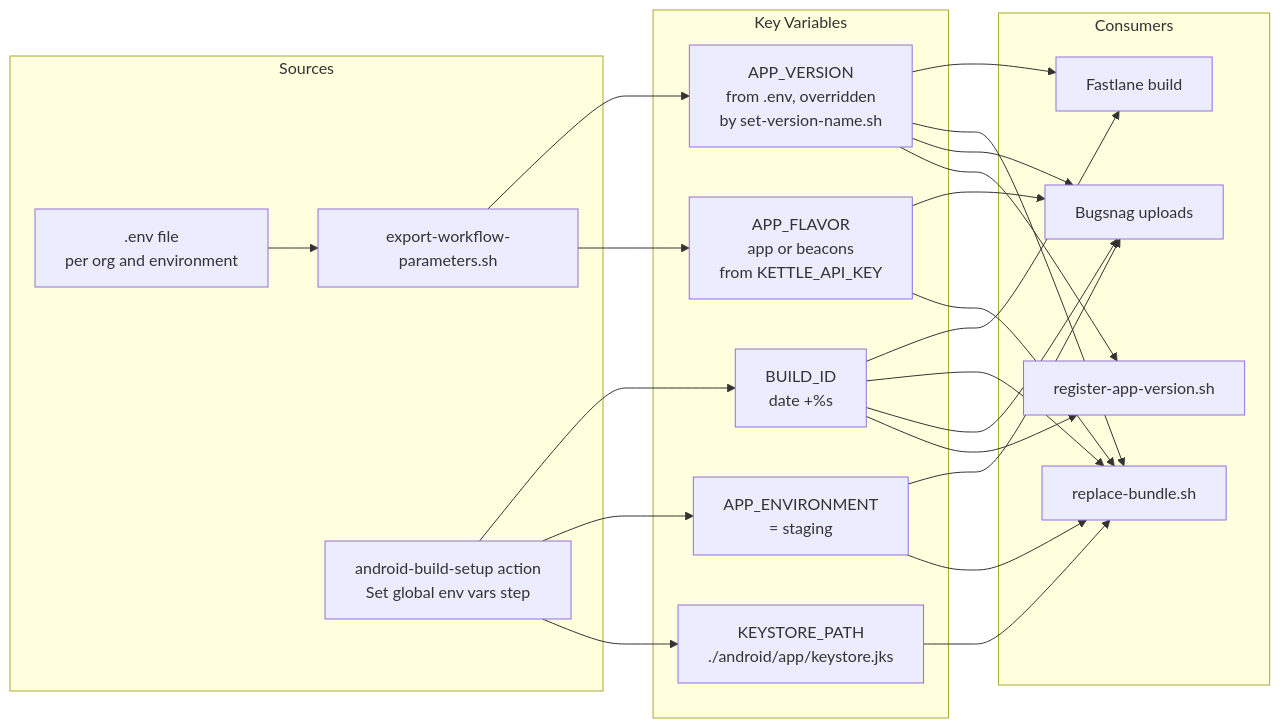
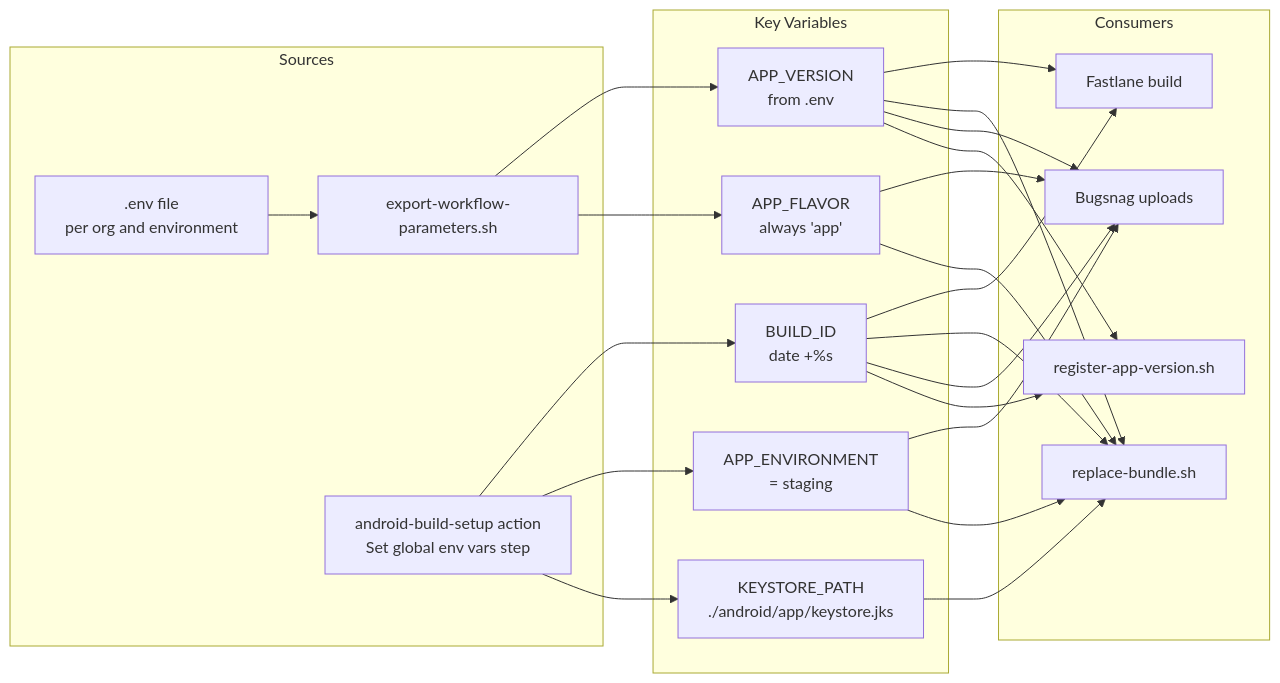
The sixth of 6 diagrams in docs/android-build-staging-graph.md (AtB-AS/mittatb-app), drawn with Mermaid before and after one commit. The commit also changed other lines of this file and 1 other file, not shown here.

Commit message:
update docs after removing beacons

````diff
--- a/docs/android-build-staging-graph.md
+++ b/docs/android-build-staging-graph.md
@@ -317,38 +319,36 @@
 ```mermaid
 flowchart LR
     subgraph sources ["Sources"]
         env_file[".env file
         per org and environment"]
         scripts["export-workflow-parameters.sh"]
         build_setup["android-build-setup action
         Set global env vars step"]
     end
 
     subgraph vars ["Key Variables"]
         BUILD_ID["BUILD_ID
         date +%s"]
         APP_ENVIRONMENT["APP_ENVIRONMENT
         = staging"]
         APP_VERSION["APP_VERSION
-        from .env, overridden
-        by set-version-name.sh"]
+        from .env"]
         APP_FLAVOR["APP_FLAVOR
-        app or beacons
-        from KETTLE_API_KEY"]
+        always 'app'"]
         KEYSTORE_PATH["KEYSTORE_PATH
         ./android/app/keystore.jks"]
     end
 
     subgraph consumers ["Consumers"]
         fastlane["Fastlane build"]
         replace["replace-bundle.sh"]
         bugsnag["Bugsnag uploads"]
         register["register-app-version.sh"]
     end
 
     build_setup --> BUILD_ID & APP_ENVIRONMENT & KEYSTORE_PATH
     env_file --> scripts --> APP_VERSION & APP_FLAVOR
     BUILD_ID & APP_VERSION --> fastlane & replace & bugsnag & register
     APP_FLAVOR & APP_ENVIRONMENT --> bugsnag & replace
     KEYSTORE_PATH --> replace
 ```
````
